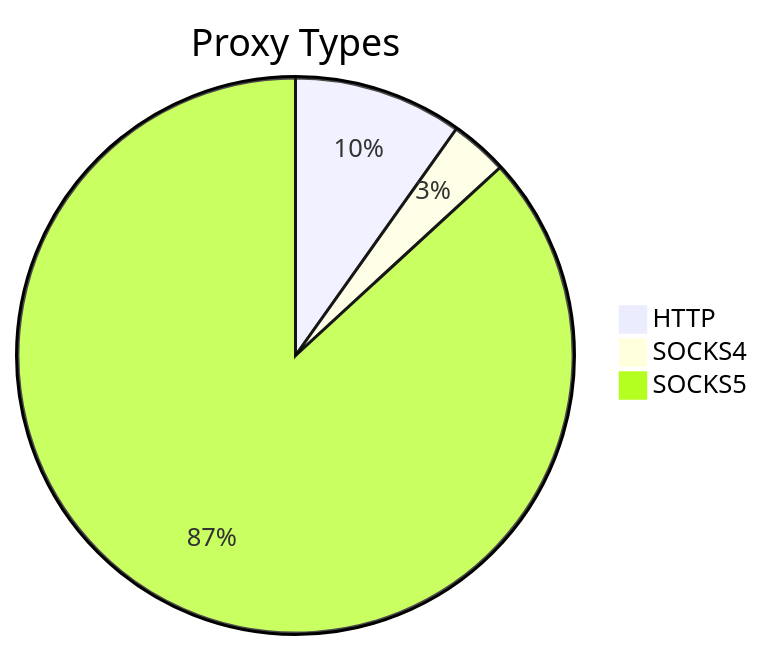
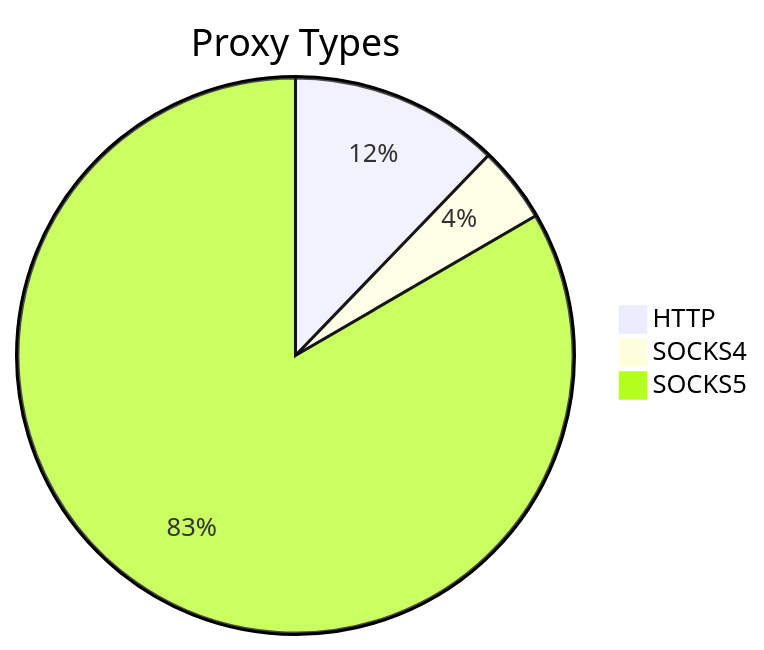
Before and after one commit to stormsia/proxy-list: the first of 2 diagrams in README.md, drawn with Mermaid. The commit also changed other lines of this file, not shown here.

````diff
--- a/README.md
+++ b/README.md
@@ -21,6 +21,6 @@
 ```mermaid
 pie title Proxy Types
-    "HTTP" : 135
-    "SOCKS4" : 46
-    "SOCKS5" : 1193
+    "HTTP" : 83
+    "SOCKS4" : 30
+    "SOCKS5" : 567
 ```
````
